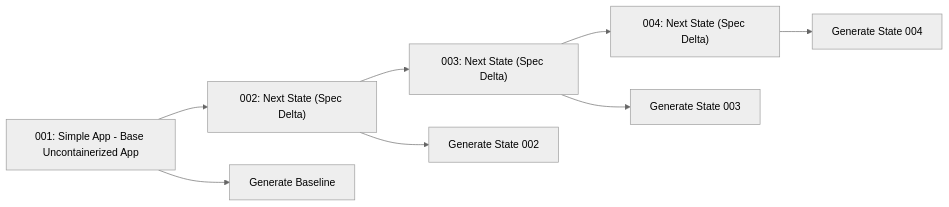
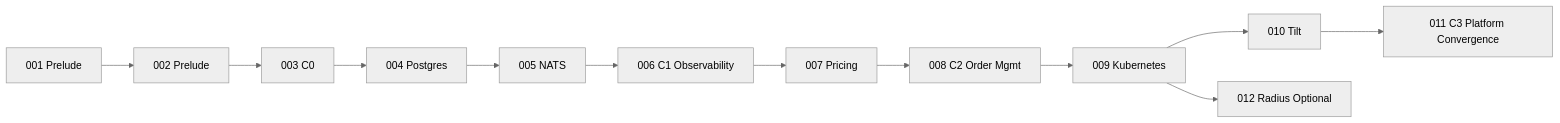
One commit to finos/traderX changed the diagram in docs/spec-kit/state-transition-generation-plan.md. Above: the diagram before and after it, drawn with Mermaid (neutral theme). The commit also changed other lines of this file and 480 other files, not shown here.

````diff
--- a/docs/spec-kit/state-transition-generation-plan.md
+++ b/docs/spec-kit/state-transition-generation-plan.md
@@ -66,11 +23,14 @@
 ```mermaid
 flowchart LR
-  B["001: Simple App - Base Uncontainerized App"] --> S2["002: Next State (Spec Delta)"]
-  S2 --> S3["003: Next State (Spec Delta)"]
-  S3 --> S4["004: Next State (Spec Delta)"]
-
-  B --> G1["Generate Baseline"]
-  S2 --> G2["Generate State 002"]
-  S3 --> G3["Generate State 003"]
-  S4 --> G4["Generate State 004"]
+  S001["001 Prelude"] --> S002["002 Prelude"]
+  S002 --> C0["003 C0"]
+  C0 --> A004["004 Postgres"]
+  A004 --> A005["005 NATS"]
+  A005 --> C1["006 C1 Observability"]
+  C1 --> F007["007 Pricing"]
+  F007 --> C2["008 C2 Order Mgmt"]
+  C2 --> P009["009 Kubernetes"]
+  P009 --> P010["010 Tilt"]
+  P010 --> C3["011 C3 Platform Convergence"]
+  P009 --> O012["012 Radius Optional"]
 ```
````
